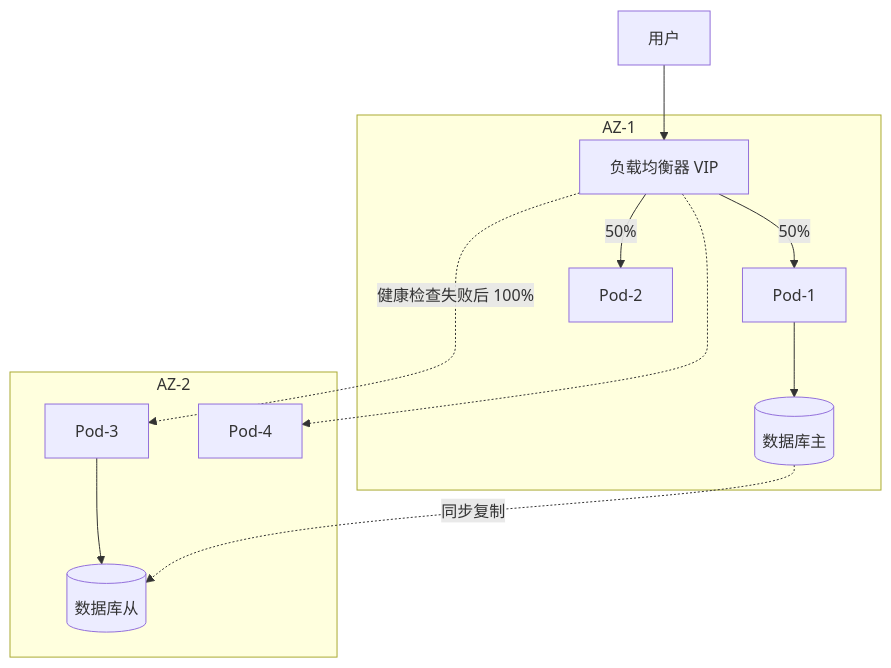
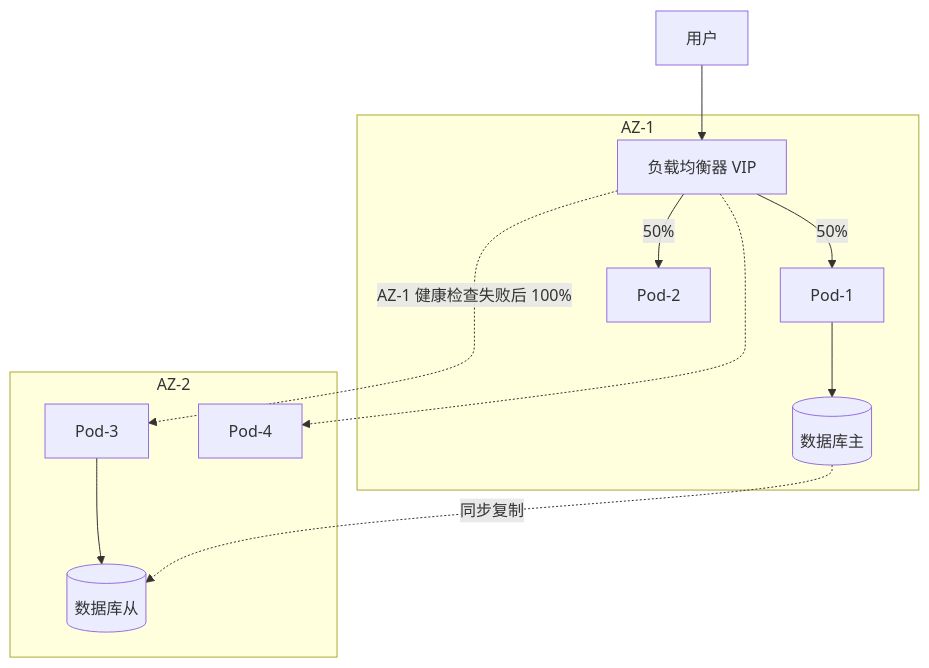
One commit to caozhiyi/network-book changed the fourth of 5 diagrams in docs/30.故障时如何自救多路径与网络层容灾.md. Above: the diagram before and after it, drawn with Mermaid. The commit also changed other lines of this file and 14 other files, not shown here.

````diff
--- a/docs/30.故障时如何自救多路径与网络层容灾.md
+++ b/docs/30.故障时如何自救多路径与网络层容灾.md
@@ -201,18 +157,18 @@
 ```mermaid
 graph TB
     User[用户] --> LB[负载均衡器 VIP]
-    
+
     subgraph AZ-1
         LB -->|50%| Pod1[Pod-1]
         LB -->|50%| Pod2[Pod-2]
         Pod1 --> DB1[(数据库主)]
     end
-    
+
     subgraph AZ-2
-        LB -.->|健康检查失败后 100%| Pod3[Pod-3]
+        LB -.->|AZ-1 健康检查失败后 100%| Pod3[Pod-3]
         LB -.-> Pod4[Pod-4]
         Pod3 --> DB2[(数据库从)]
     end
-    
+
     DB1 -.->|同步复制| DB2
 ```
````
